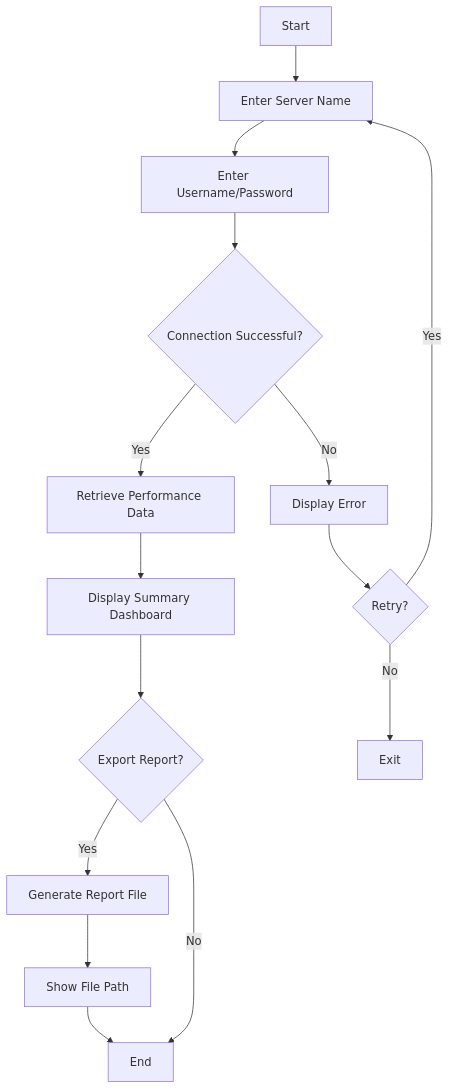
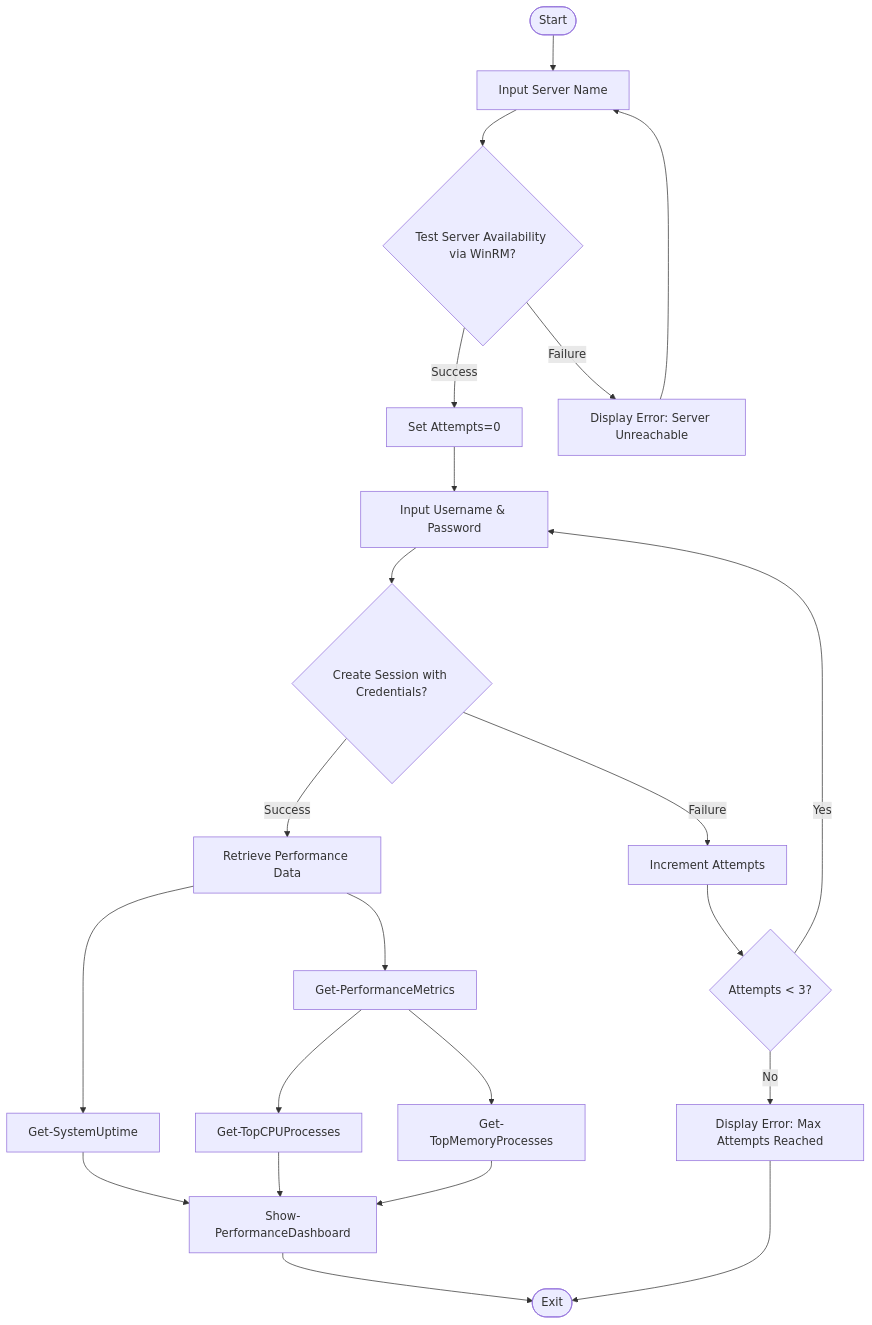
Before and after one commit to lephuocduc/Issue-Resolution-Automation: the diagram in Flowcharts/Performance Issue/Performance Issue.mermaid, drawn with Mermaid.

Commit message:
Performance Issue Workflow (mermaid) v1

```diff
--- a/Flowcharts/Performance Issue/Performance Issue.mermaid
+++ b/Flowcharts/Performance Issue/Performance Issue.mermaid
@@ -1,15 +1,22 @@
 graph TD
-    A[Start] --> B[Enter Server Name]
-    B --> C[Enter Username/Password]
-    C --> D{Connection Successful?}
-    D -- Yes --> E[Retrieve Performance Data]
-    D -- No --> F[Display Error]
-    F --> G{Retry?}
-    G -- Yes --> B
-    G -- No --> H[Exit]
-    E --> I[Display Summary Dashboard]
-    I --> J{Export Report?}
-    J -- Yes --> K[Generate Report File]
-    K --> L[Show File Path]
-    J -- No --> M[End]
-    L --> M
+    A([Start]) --> B[Input Server Name]
+    B --> C{Test Server Availability via WinRM?}
+    C -->|Success| D[Set Attempts=0]
+    C -->|Failure| E[Display Error: Server Unreachable]
+    E --> B
+    D --> F[Input Username & Password]
+    F --> G{Create Session with Credentials?}
+    G -->|Success| H[Retrieve Performance Data]
+    G -->|Failure| I[Increment Attempts]
+    I --> J{Attempts < 3?}
+    J -->|Yes| F
+    J -->|No| K[Display Error: Max Attempts Reached]
+    K --> Z([Exit])
+    H --> L[Get-SystemUptime]
+    H --> M[Get-PerformanceMetrics]
+    M --> N[Get-TopCPUProcesses]
+    M --> O[Get-TopMemoryProcesses]
+    L --> P[Show-PerformanceDashboard]
+    N --> P
+    O --> P
+    P --> Z
```
